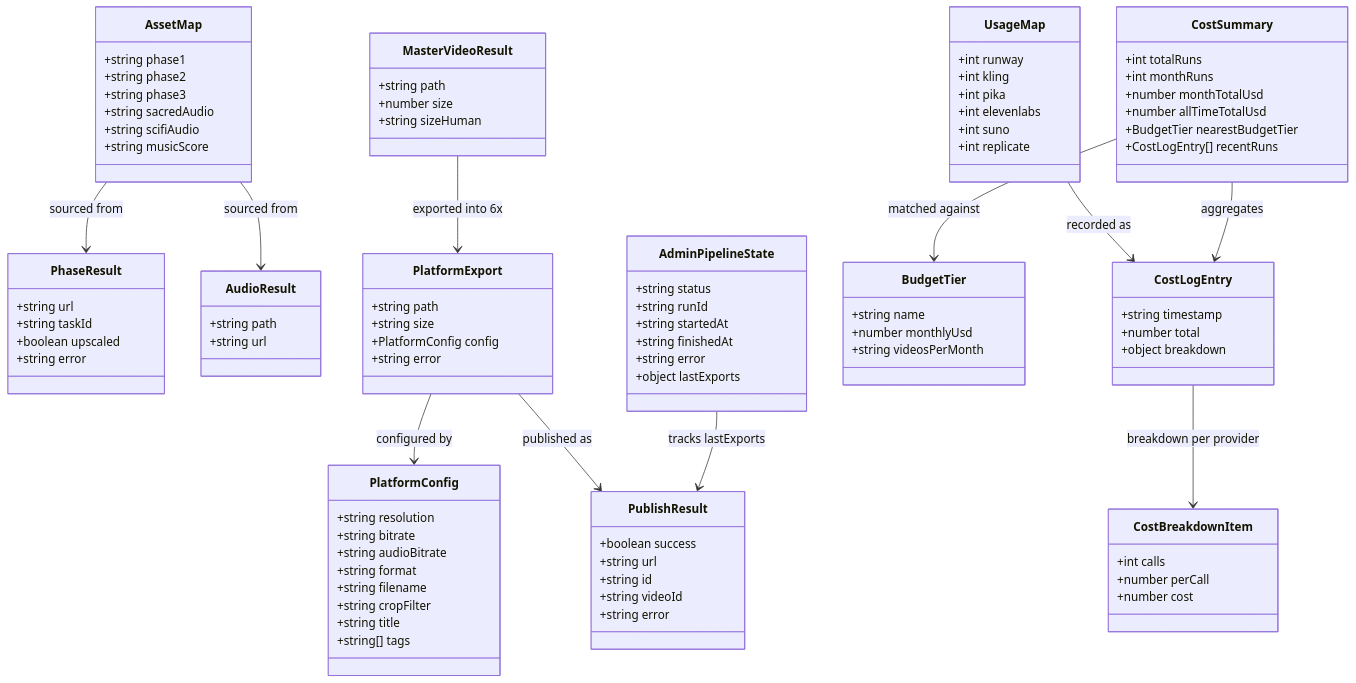
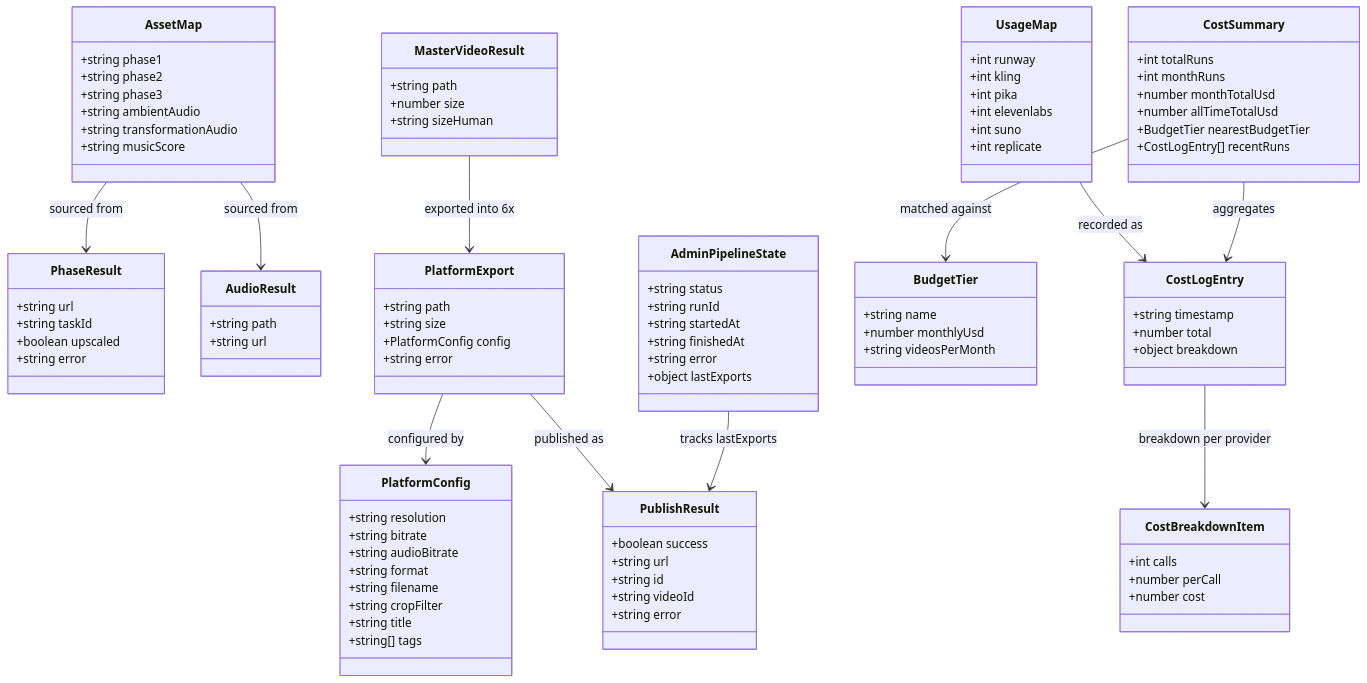
The third of 5 diagrams in TECHNICAL_IMPLEMENTATION_PLAN.md (ashishgupta1v/Transformations), drawn with Mermaid before and after one commit. The commit also changed other lines of this file and 14 other files, not shown here.

```diff
--- a/TECHNICAL_IMPLEMENTATION_PLAN.md
+++ b/TECHNICAL_IMPLEMENTATION_PLAN.md
@@ -220,8 +224,8 @@
         +string phase1
         +string phase2
         +string phase3
-        +string sacredAudio
-        +string scifiAudio
+        +string ambientAudio
+        +string transformationAudio
         +string musicScore
     }
 
```
